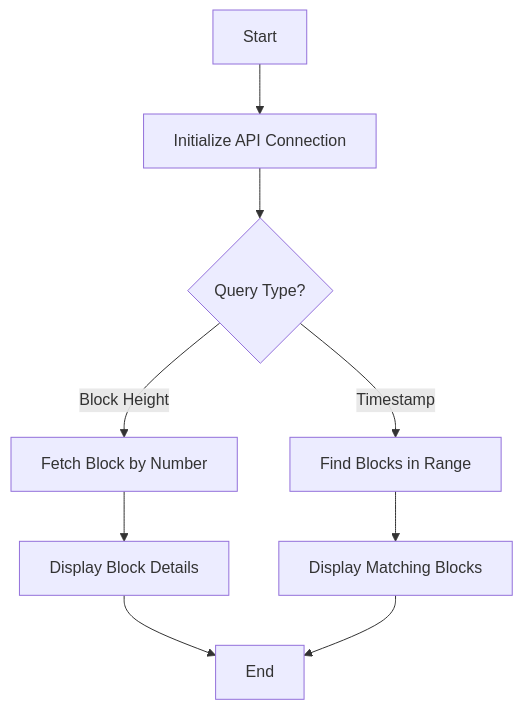
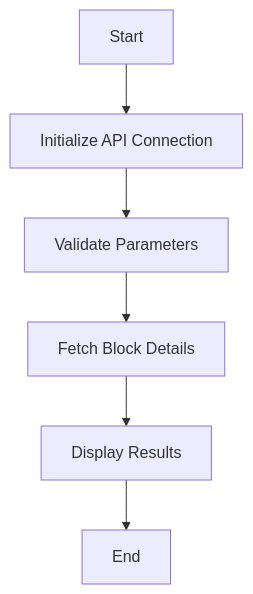
One commit to Query-Web3/queryweb3-extractor changed the diagram in doc/en/block_command.md. Above: the diagram before and after it, drawn with Mermaid. The commit also changed other lines of this file and 3 other files, not shown here.

````diff
--- a/doc/en/block_command.md
+++ b/doc/en/block_command.md
@@ -11,11 +10,8 @@
 ```mermaid
 graph TD
     A[Start] --> B[Initialize API Connection]
-    B --> C{Query Type?}
-    C -->|Block Height| D[Fetch Block by Number]
-    C -->|Timestamp| E[Find Blocks in Range]
-    D --> F[Display Block Details]
-    E --> G[Display Matching Blocks]
-    F --> H[End]
-    G --> H
+    B --> C[Validate Parameters]
+    C --> D[Fetch Block Details]
+    D --> E[Display Results]
+    E --> F[End]
 ```
````
